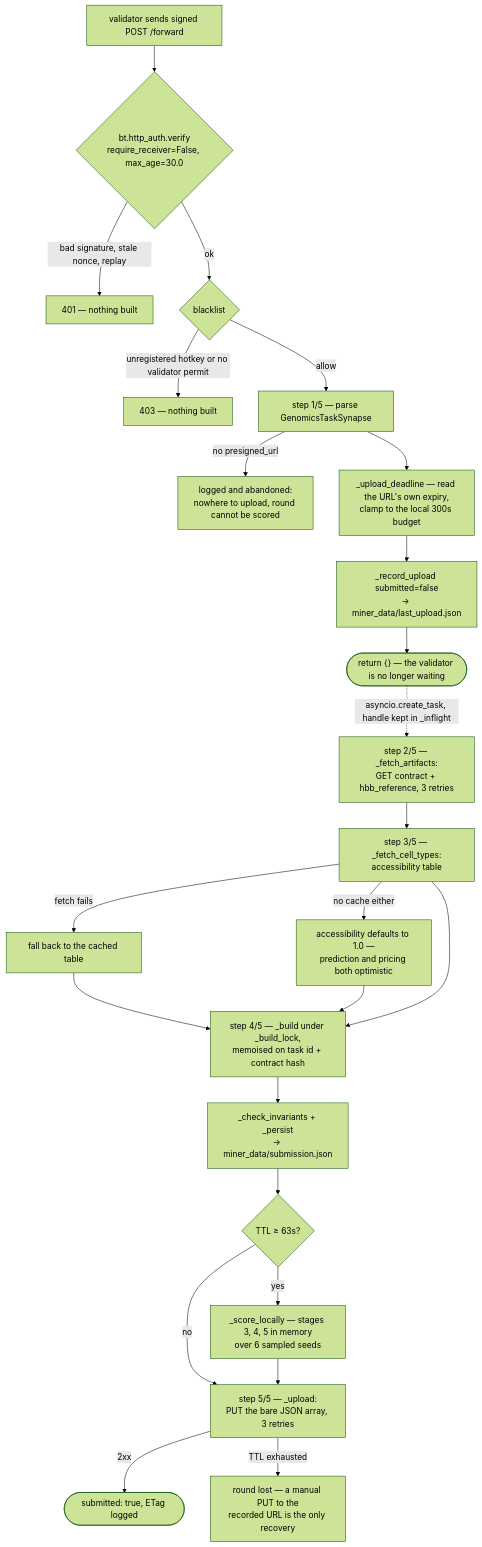
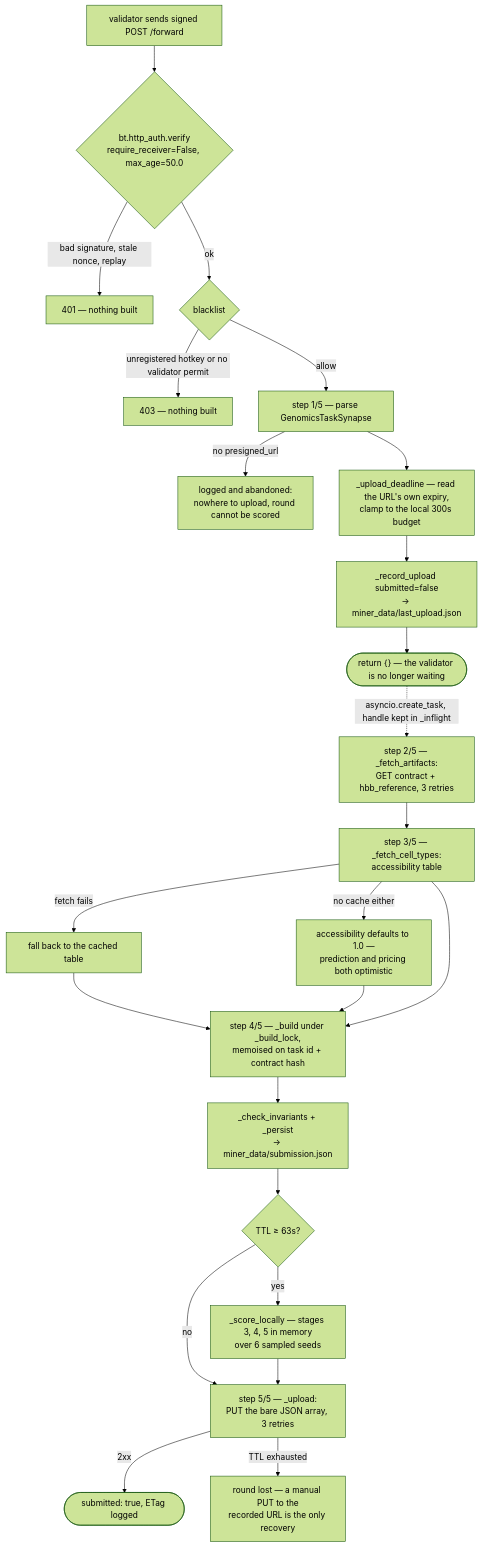
One commit to phantom930/subnet-niome changed the first of 2 diagrams in docs/miner_flow.md. Above: the diagram before and after it, drawn with Mermaid (forest theme). The commit also changed other lines of this file and 3 other files, not shown here.

````diff
--- a/docs/miner_flow.md
+++ b/docs/miner_flow.md
@@ -32,27 +32,27 @@
 ```mermaid
 flowchart TD
-    IN["validator sends signed POST /forward"] --> VERIFY{"bt.http_auth.verify<br/>require_receiver=False, max_age=30.0"}
+    IN["validator sends signed POST /forward"] --> VERIFY{"bt.http_auth.verify<br/>require_receiver=False, max_age=50.0"}
     VERIFY -->|"bad signature, stale nonce, replay"| X1["401 — nothing built"]
     VERIFY -->|ok| BL{"blacklist"}
     BL -->|"unregistered hotkey or no validator permit"| X2["403 — nothing built"]
     BL -->|allow| PARSE["step 1/5 — parse GenomicsTaskSynapse"]
     PARSE -->|"no presigned_url"| X3["logged and abandoned:<br/>nowhere to upload, round cannot be scored"]
     PARSE --> DL["_upload_deadline — read the URL's own expiry,<br/>clamp to the local 300s budget"]
     DL --> REC["_record_upload submitted=false<br/>→ miner_data/last_upload.json"]
     REC --> ACK(["return {} — the validator is no longer waiting"])
 
     ACK -.->|"asyncio.create_task, handle kept in _inflight"| ART["step 2/5 — _fetch_artifacts:<br/>GET contract + hbb_reference, 3 retries"]
     ART --> CT["step 3/5 — _fetch_cell_types:<br/>accessibility table"]
     CT -->|"fetch fails"| CT1["fall back to the cached table"]
     CT1 --> BUILD
     CT -->|"no cache either"| CT2["accessibility defaults to 1.0 —<br/>prediction and pricing both optimistic"]
     CT2 --> BUILD
     CT --> BUILD["step 4/5 — _build under _build_lock,<br/>memoised on task id + contract hash"]
     BUILD --> INV["_check_invariants + _persist<br/>→ miner_data/submission.json"]
     INV --> SCORE{"TTL ≥ 63s?"}
     SCORE -->|no| UP
     SCORE -->|yes| SC["_score_locally — stages 3, 4, 5 in memory<br/>over 6 sampled seeds"]
     SC --> UP["step 5/5 — _upload:<br/>PUT the bare JSON array, 3 retries"]
     UP -->|2xx| OK(["submitted: true, ETag logged"])
     UP -->|"TTL exhausted"| X4["round lost — a manual PUT to the<br/>recorded URL is the only recovery"]
 ```
````
